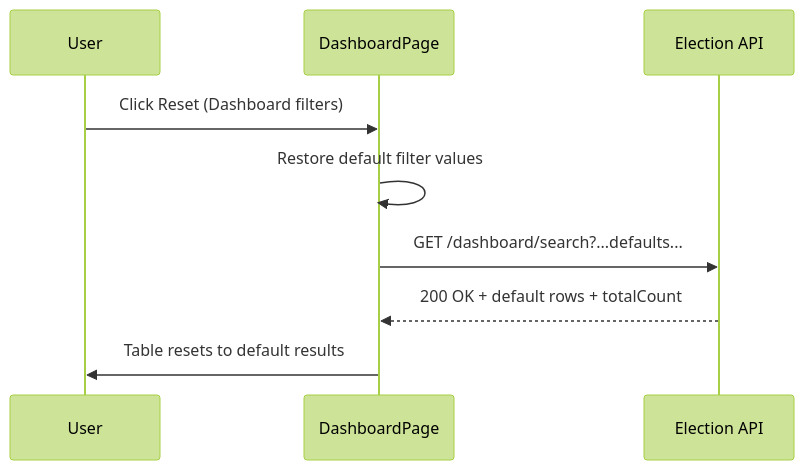
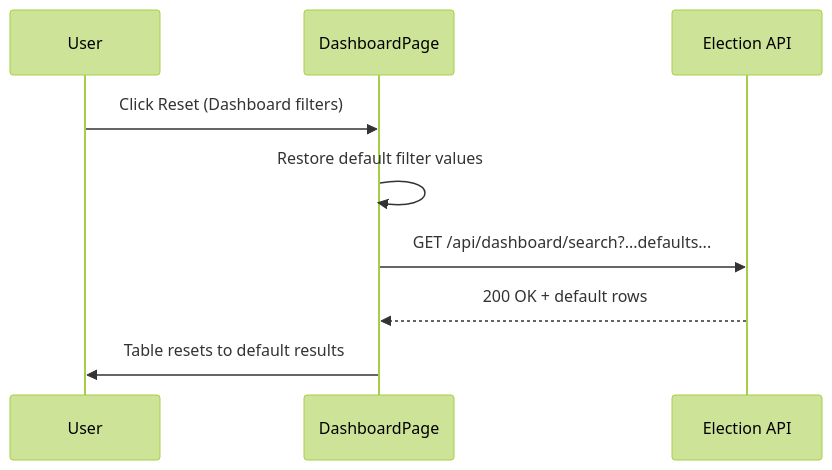
Diagram 11 of 12 in docs/Software Design Description.md (shannenlolol/SG_Election_App_SL), drawn with Mermaid (forest theme) before and after one commit. The commit also changed other lines of this file and 3 other files, not shown here.

````diff
--- a/docs/Software Design Description.md
+++ b/docs/Software Design Description.md
@@ -363,12 +268,12 @@
 ```mermaid
 sequenceDiagram
     participant User
     participant DashboardPage
     participant ElectionAPI as Election API
 
     User->>DashboardPage: Click Reset (Dashboard filters)
     DashboardPage->>DashboardPage: Restore default filter values
-    DashboardPage->>ElectionAPI: GET /dashboard/search?...defaults...
-    ElectionAPI-->>DashboardPage: 200 OK + default rows + totalCount
+    DashboardPage->>ElectionAPI: GET /api/dashboard/search?...defaults...
+    ElectionAPI-->>DashboardPage: 200 OK + default rows
     DashboardPage->>User: Table resets to default results
 ```
````
